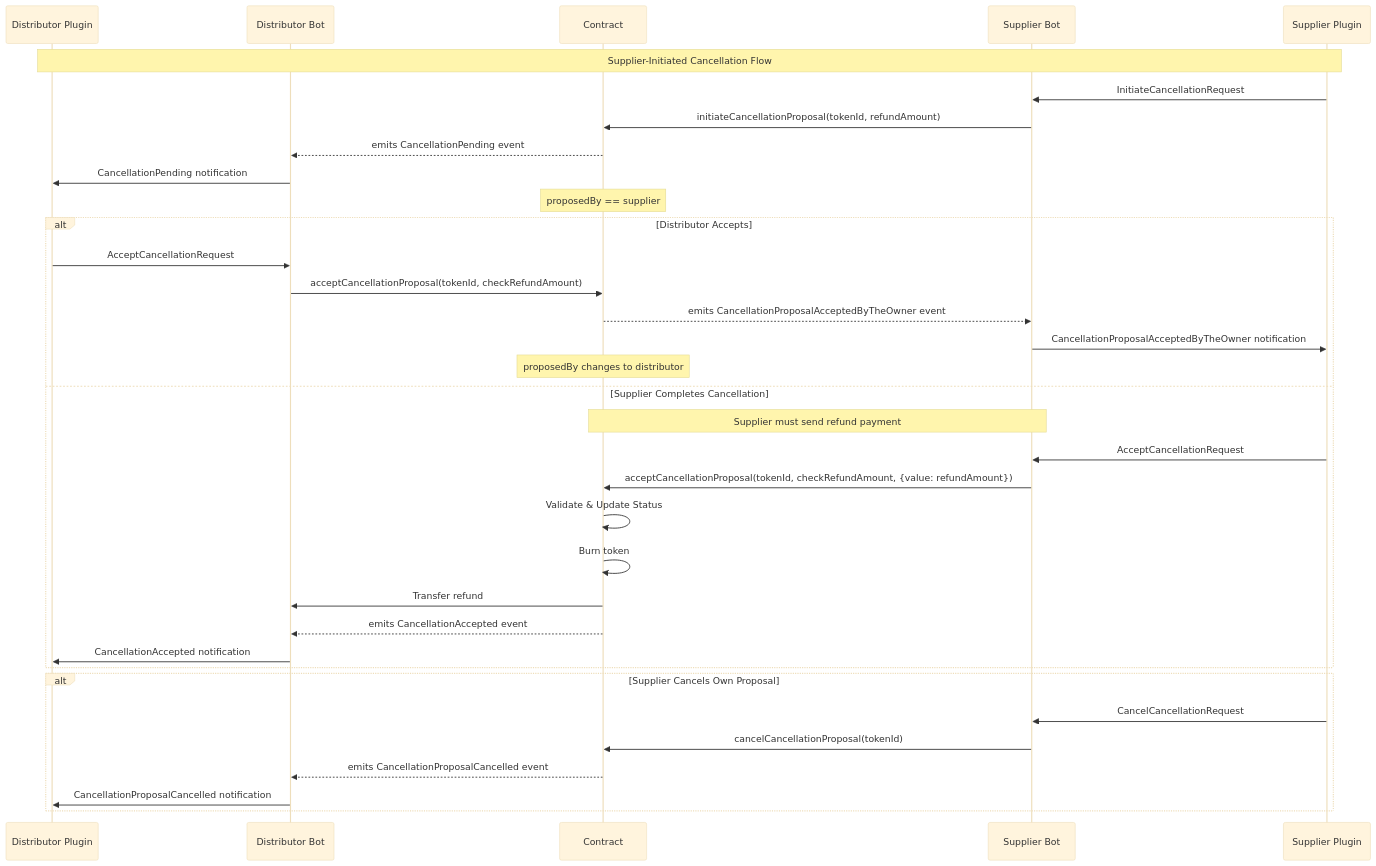
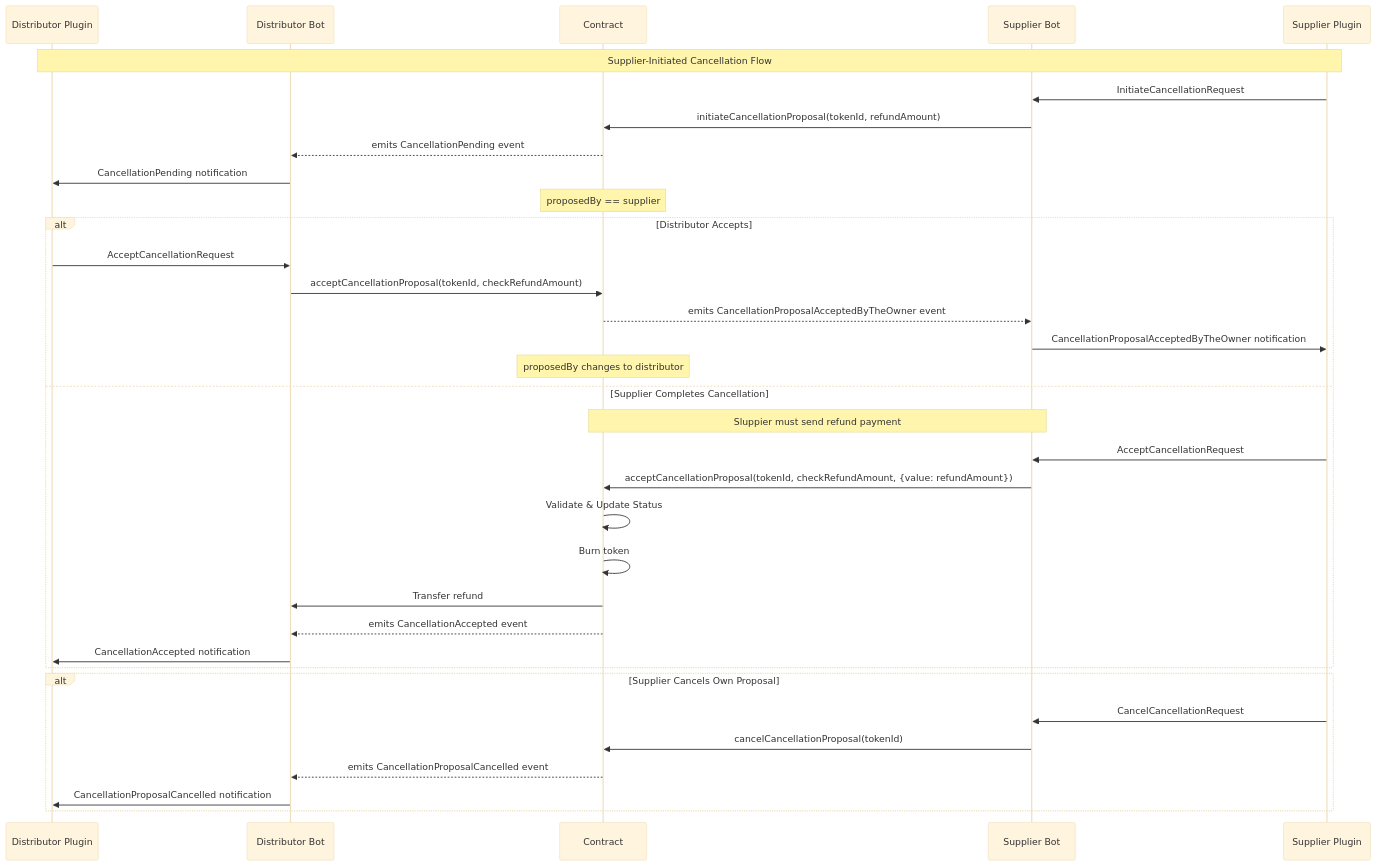
Before and after one commit to chain4travel/camino-docs: the second of 2 diagrams in docs/camino-messenger/cancellation.md, drawn with Mermaid (base theme). The commit also changed other lines of this file, not shown here.

Commit message:
first attempt to update the diagram

````diff
--- a/docs/camino-messenger/cancellation.md
+++ b/docs/camino-messenger/cancellation.md
@@ -205,36 +307,36 @@
 ```mermaid
 sequenceDiagram
   participant DistributorPlugin as Distributor Plugin
   participant Distributor as Distributor Bot
   participant Contract as Contract
   participant Supplier as Supplier Bot
   participant SupplierPlugin as Supplier Plugin
   Note over DistributorPlugin, SupplierPlugin: Supplier-Initiated Cancellation Flow
   SupplierPlugin ->> Supplier: InitiateCancellationRequest
   Supplier ->> Contract: initiateCancellationProposal(tokenId, refundAmount)
   Contract -->> Distributor: emits CancellationPending event
   Distributor ->> DistributorPlugin: CancellationPending notification
   Note over Contract: proposedBy == supplier
   alt Distributor Accepts
     DistributorPlugin ->> Distributor: AcceptCancellationRequest
     Distributor ->> Contract: acceptCancellationProposal(tokenId, checkRefundAmount)
     Contract -->> Supplier: emits CancellationProposalAcceptedByTheOwner event
     Supplier ->> SupplierPlugin: CancellationProposalAcceptedByTheOwner notification
     Note over Contract: proposedBy changes to distributor
     else Supplier Completes Cancellation
-      Note over Supplier, Contract: Supplier must send refund payment
+      Note over Supplier, Contract: Sluppier must send refund payment
       SupplierPlugin ->> Supplier: AcceptCancellationRequest
       Supplier ->> Contract: acceptCancellationProposal(tokenId, checkRefundAmount, {value: refundAmount})
       Contract ->> Contract: Validate & Update Status
       Contract ->> Contract: Burn token
       Contract ->> Distributor: Transfer refund
       Contract -->> Distributor: emits CancellationAccepted event
       Distributor ->> DistributorPlugin: CancellationAccepted notification
     end
       alt Supplier Cancels Own Proposal
     SupplierPlugin ->> Supplier: CancelCancellationRequest
     Supplier ->> Contract: cancelCancellationProposal(tokenId)
     Contract -->> Distributor: emits CancellationProposalCancelled event
     Distributor ->> DistributorPlugin: CancellationProposalCancelled notification
   end
 ```
````
